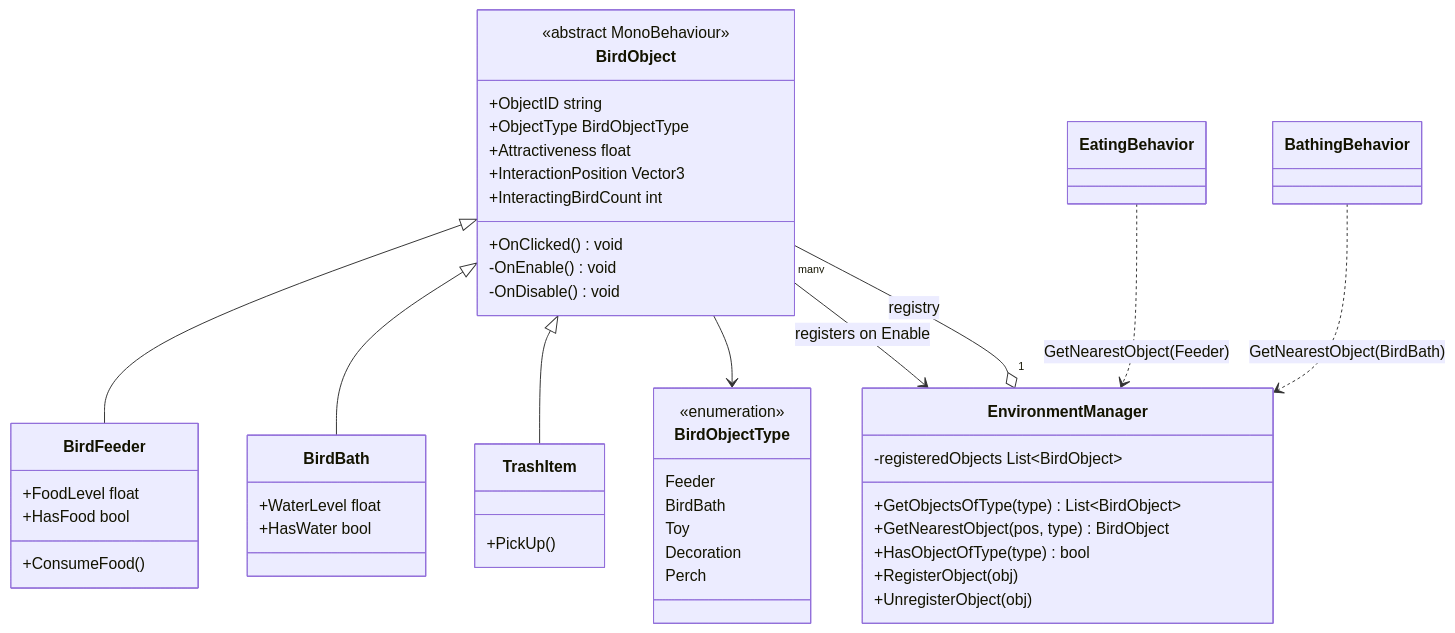
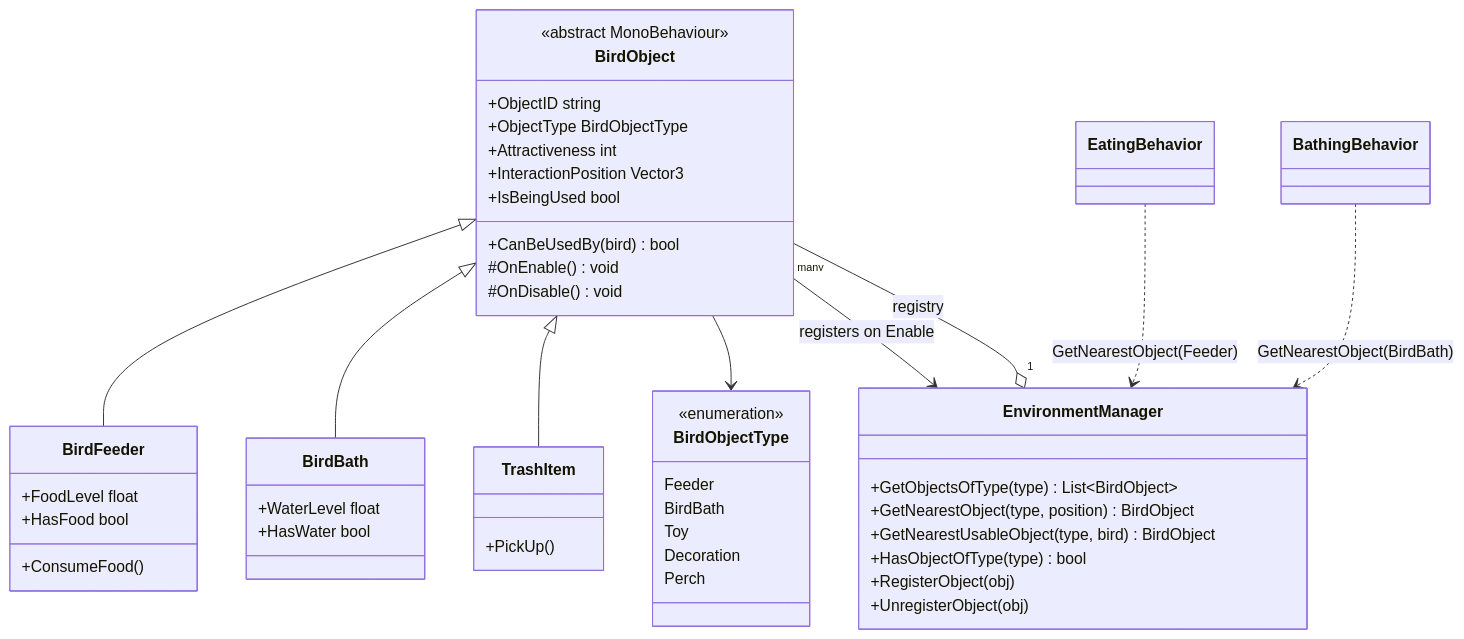
The seventh of 14 diagrams in docs/product/architecture.md (kitoss1/Birdie), drawn with Mermaid before and after one commit. The commit also changed other lines of this file and 3 other files, not shown here.

````diff
--- a/docs/product/architecture.md
+++ b/docs/product/architecture.md
@@ -322,58 +344,58 @@
 ```mermaid
 classDiagram
     class BirdObject {
         <<abstract MonoBehaviour>>
         +ObjectID string
         +ObjectType BirdObjectType
-        +Attractiveness float
+        +Attractiveness int
         +InteractionPosition Vector3
-        +InteractingBirdCount int
-        +OnClicked() void
-        -OnEnable() void
-        -OnDisable() void
+        +IsBeingUsed bool
+        +CanBeUsedBy(bird) bool
+        #OnEnable() void
+        #OnDisable() void
     }
 
     class BirdFeeder {
         +FoodLevel float
         +HasFood bool
         +ConsumeFood()
     }
 
     class BirdBath {
         +WaterLevel float
         +HasWater bool
     }
 
     class TrashItem {
         +PickUp()
     }
 
     class EnvironmentManager {
-        -registeredObjects List~BirdObject~
         +GetObjectsOfType(type) List~BirdObject~
-        +GetNearestObject(pos, type) BirdObject
+        +GetNearestObject(type, position) BirdObject
+        +GetNearestUsableObject(type, bird) BirdObject
         +HasObjectOfType(type) bool
         +RegisterObject(obj)
         +UnregisterObject(obj)
     }
 
     class BirdObjectType {
         <<enumeration>>
         Feeder
         BirdBath
         Toy
         Decoration
         Perch
     }
 
     BirdObject <|-- BirdFeeder
     BirdObject <|-- BirdBath
     BirdObject <|-- TrashItem
 
     BirdObject --> BirdObjectType
     BirdObject --> EnvironmentManager : registers on Enable
     EnvironmentManager "1" o-- "many" BirdObject : registry
 
     EatingBehavior ..> EnvironmentManager : GetNearestObject(Feeder)
     BathingBehavior ..> EnvironmentManager : GetNearestObject(BirdBath)
 ```
````
